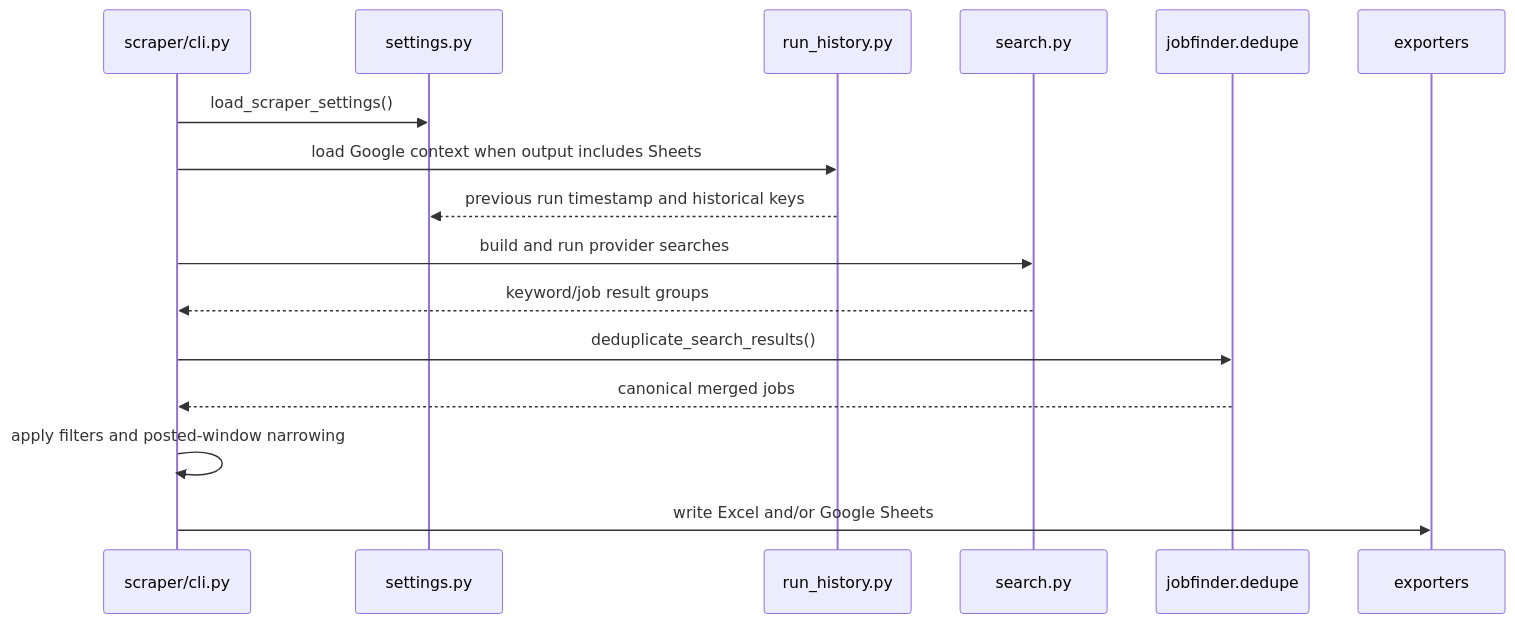
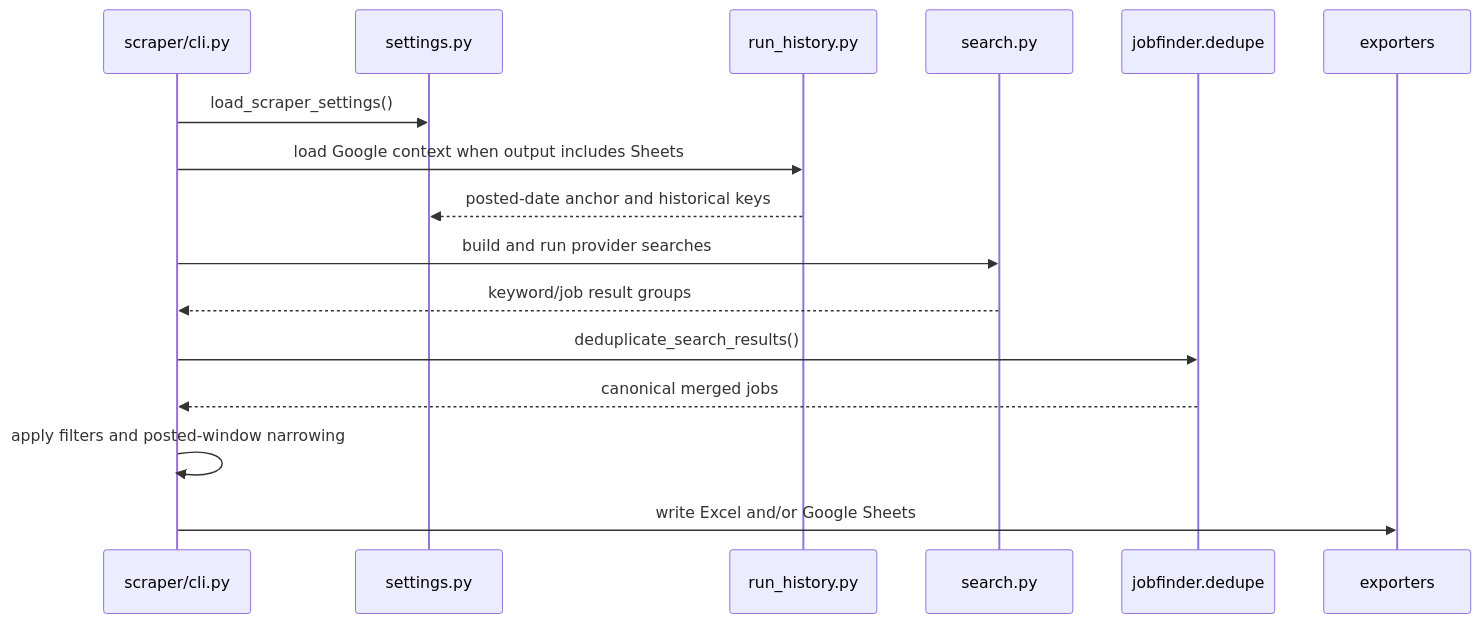
Before and after one commit to AmirDonyadide/JobFinder: the diagram in src/jobfinder/scraper/README.md, drawn with Mermaid. The commit also changed other lines of this file and 7 other files, not shown here.

First line of the commit message:
Use latest sheet Posted value as run anchor

````diff
--- a/src/jobfinder/scraper/README.md
+++ b/src/jobfinder/scraper/README.md
@@ -36,19 +36,19 @@
 ```mermaid
 sequenceDiagram
     participant CLI as scraper/cli.py
     participant Settings as settings.py
     participant History as run_history.py
     participant Search as search.py
     participant Dedupe as jobfinder.dedupe
     participant Export as exporters
 
     CLI->>Settings: load_scraper_settings()
     CLI->>History: load Google context when output includes Sheets
-    History-->>Settings: previous run timestamp and historical keys
+    History-->>Settings: posted-date anchor and historical keys
     CLI->>Search: build and run provider searches
     Search-->>CLI: keyword/job result groups
     CLI->>Dedupe: deduplicate_search_results()
     Dedupe-->>CLI: canonical merged jobs
     CLI->>CLI: apply filters and posted-window narrowing
     CLI->>Export: write Excel and/or Google Sheets
 ```
````
